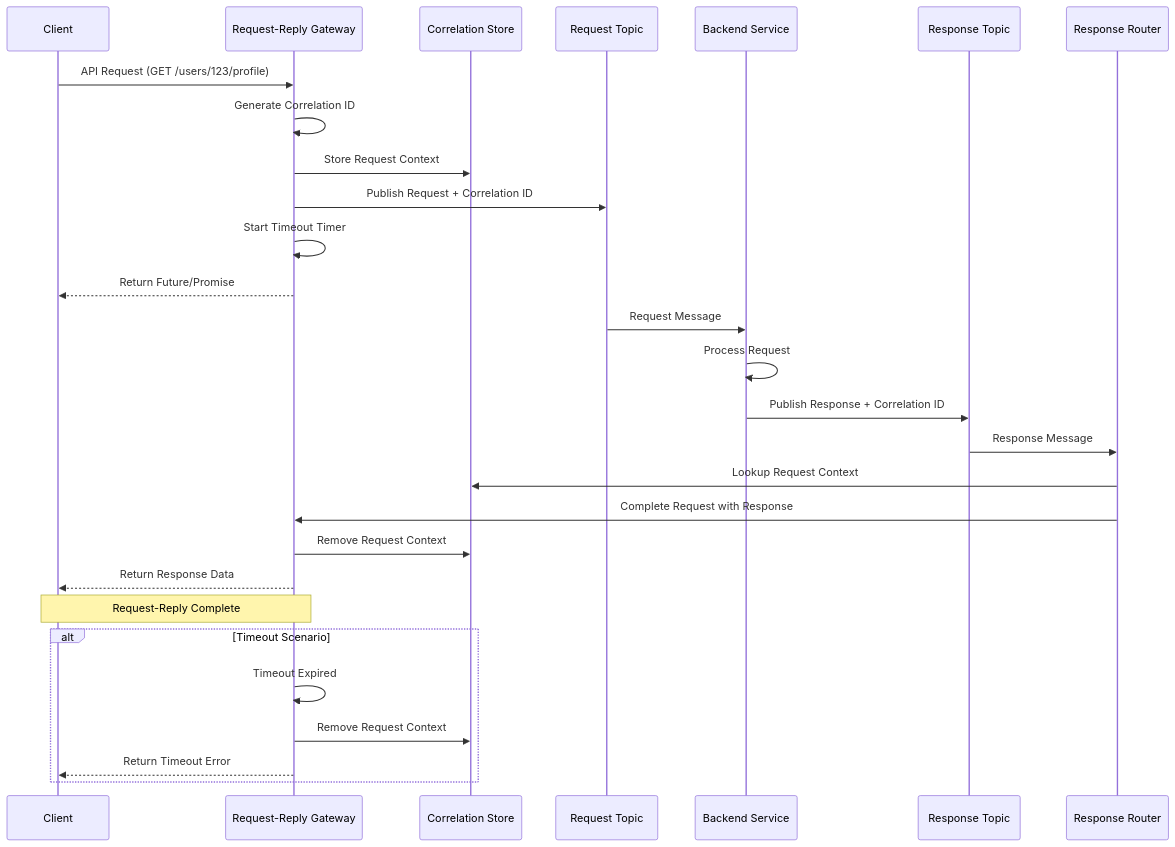
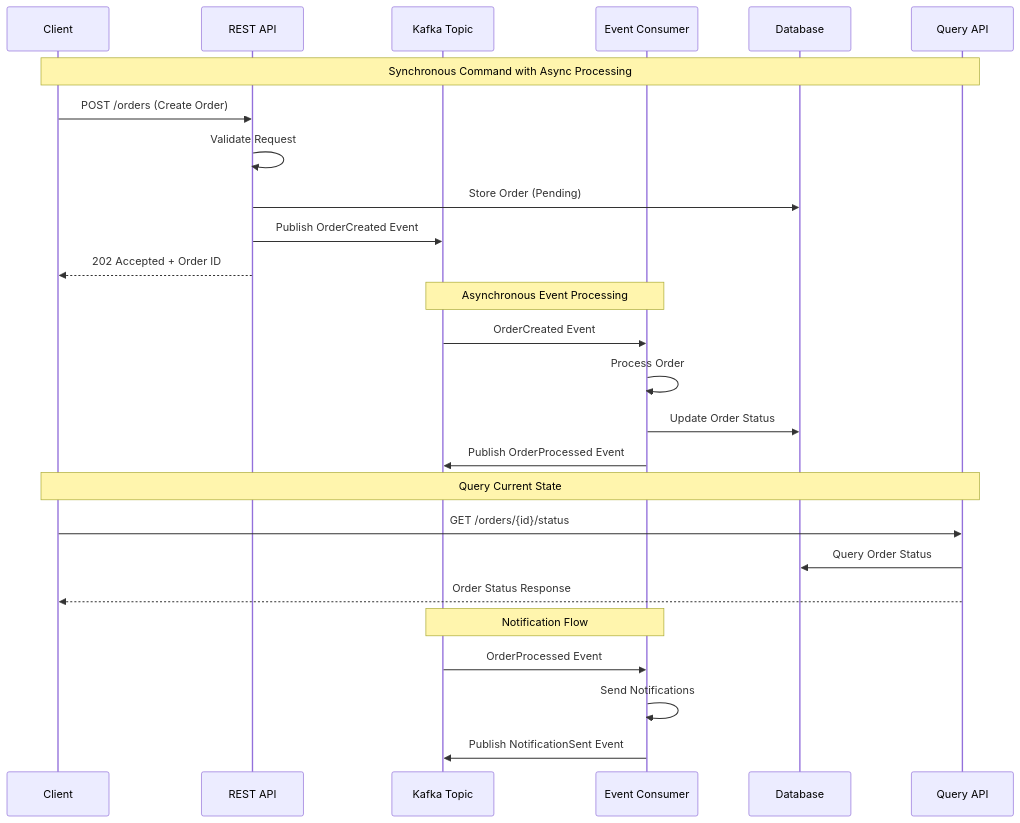
The second of 5 diagrams in class/workshop/lesson_13/README.md (vorrawut/KafkaStarter), drawn with Mermaid before and after one commit. The commit also changed other lines of this file and 204 other files, not shown here.

````diff
--- a/class/workshop/lesson_13/README.md
+++ b/class/workshop/lesson_13/README.md
@@ -92,37 +108,36 @@
 ```mermaid
 sequenceDiagram
     participant Client
-    participant Gateway as Request-Reply Gateway
-    participant Correlation as Correlation Store
-    participant RequestTopic as Request Topic
-    participant Service as Backend Service
-    participant ResponseTopic as Response Topic
-    participant ResponseRouter as Response Router
+    participant REST_API as REST API
+    participant Kafka as Kafka Topic
+    participant EventConsumer as Event Consumer
+    participant Database
+    participant QueryAPI as Query API
     
-    Client->>Gateway: API Request (GET /users/123/profile)
-    Gateway->>Gateway: Generate Correlation ID
-    Gateway->>Correlation: Store Request Context
+    Note over Client,QueryAPI: Synchronous Command with Async Processing
     
-    Gateway->>RequestTopic: Publish Request + Correlation ID
-    Gateway->>Gateway: Start Timeout Timer
-    Gateway-->>Client: Return Future/Promise
+    Client->>REST_API: POST /orders (Create Order)
+    REST_API->>REST_API: Validate Request
+    REST_API->>Database: Store Order (Pending)
+    REST_API->>Kafka: Publish OrderCreated Event
+    REST_API-->>Client: 202 Accepted + Order ID
     
-    RequestTopic->>Service: Request Message
-    Service->>Service: Process Request
-    Service->>ResponseTopic: Publish Response + Correlation ID
+    Note over Kafka,EventConsumer: Asynchronous Event Processing
     
-    ResponseTopic->>ResponseRouter: Response Message
-    ResponseRouter->>Correlation: Lookup Request Context
-    ResponseRouter->>Gateway: Complete Request with Response
+    Kafka->>EventConsumer: OrderCreated Event
+    EventConsumer->>EventConsumer: Process Order
+    EventConsumer->>Database: Update Order Status
+    EventConsumer->>Kafka: Publish OrderProcessed Event
     
-    Gateway->>Correlation: Remove Request Context
-    Gateway-->>Client: Return Response Data
+    Note over Client,QueryAPI: Query Current State
     
-    Note over Gateway,Client: Request-Reply Complete
+    Client->>QueryAPI: GET /orders/{id}/status
+    QueryAPI->>Database: Query Order Status
+    QueryAPI-->>Client: Order Status Response
     
-    alt Timeout Scenario
-        Gateway->>Gateway: Timeout Expired
-        Gateway->>Correlation: Remove Request Context
-        Gateway-->>Client: Return Timeout Error
-    end
+    Note over Kafka,EventConsumer: Notification Flow
+    
+    Kafka->>EventConsumer: OrderProcessed Event
+    EventConsumer->>EventConsumer: Send Notifications
+    EventConsumer->>Kafka: Publish NotificationSent Event
 ```
````
